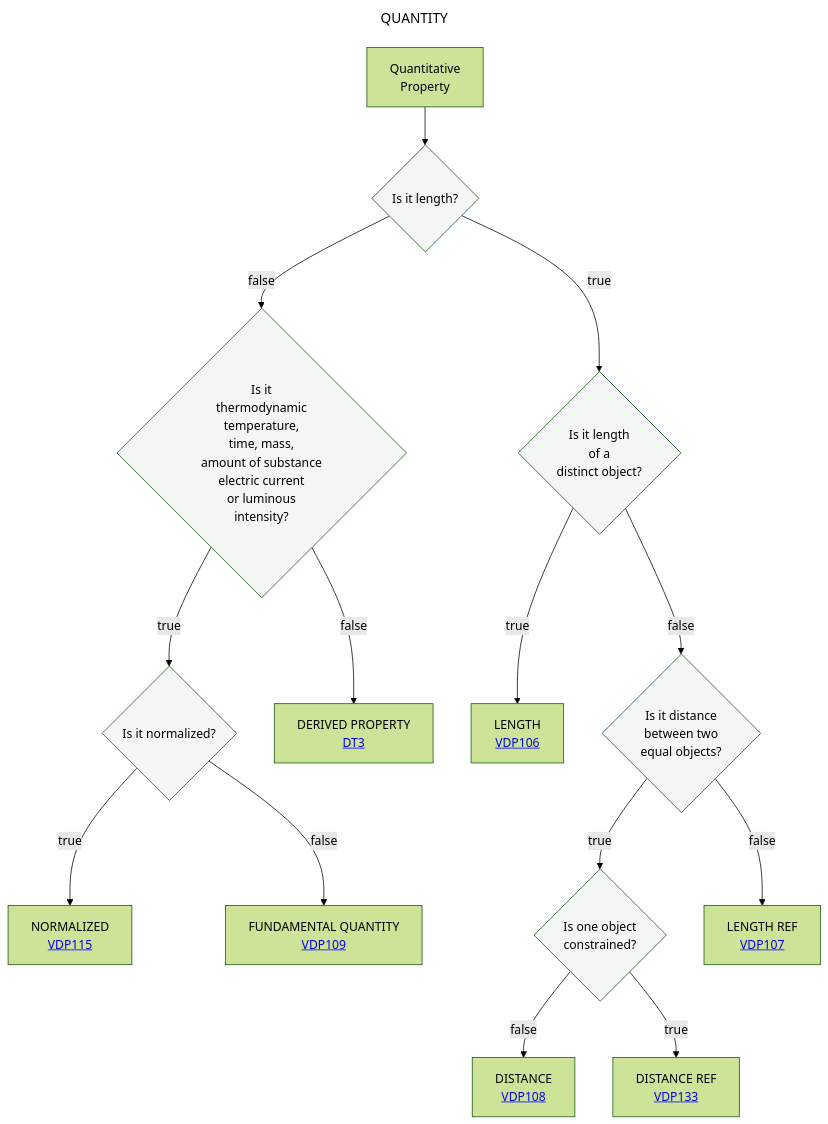
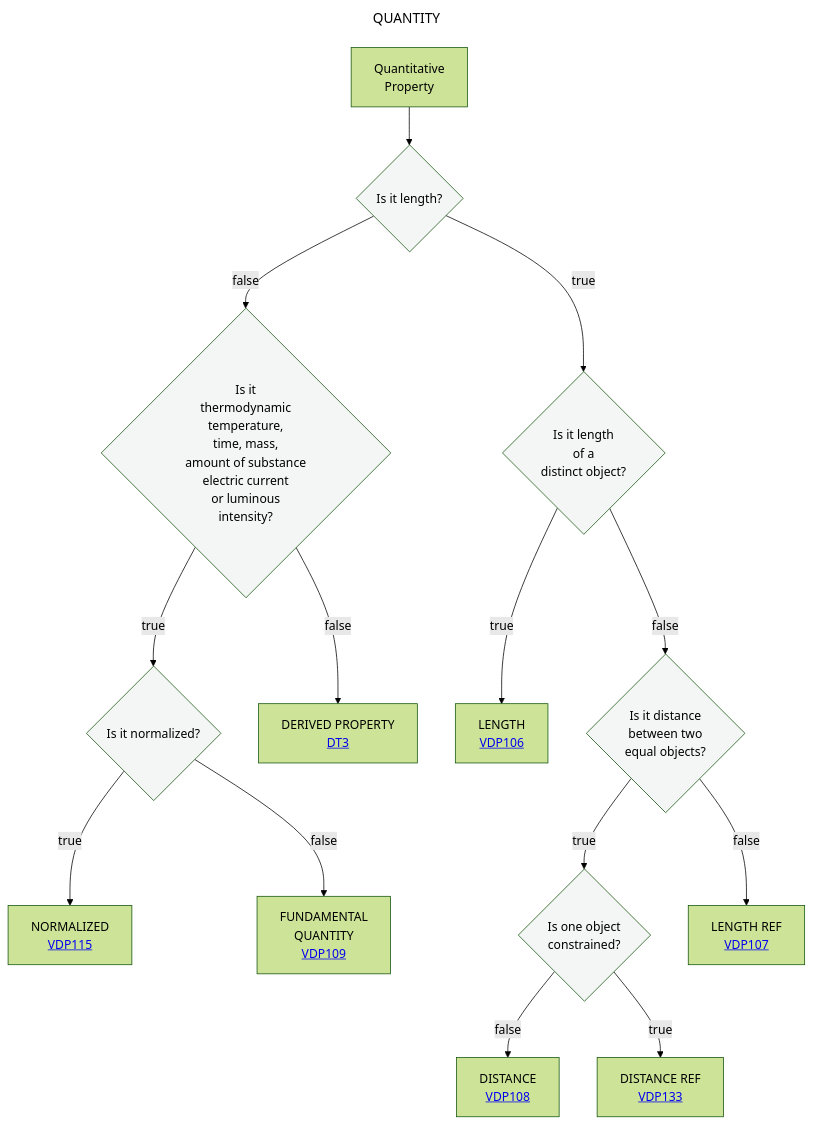
The diagram in Decision_trees/DT2.mmd (mabablue/I-ADOPT-patterns-playground), drawn with Mermaid (forest theme) before and after one commit.

Commit message:
Improve FUNDAMENTAL QUANTITY label formatting
Updated the label for FUNDAMENTAL QUANTITY to include line breaks for better readability.

```diff
--- a/Decision_trees/DT2.mmd
+++ b/Decision_trees/DT2.mmd
@@ -1,21 +1,21 @@
 ---
 title: QUANTITY
 ---
 flowchart TD
     A[Quantitative <br> Property] --> C{Is it length?}:::white
     C --> |true|E{Is it length <br> of a <br> distinct object?}:::white
     C --> |false|F{Is it <br> thermodynamic <br> temperature, <br> time, mass, <br> amount of substance <br> electric current <br> or luminous <br> intensity?}:::white
     F --> |true|G{Is it normalized?}:::white
     G --> |true|H[NORMALIZED <br> <a href='https://github.com/mabablue/I-ADOPT-patterns-playground/blob/main/pattern/VDP115.yaml'> VDP115</a>] 
-    G --> |false|I[FUNDAMENTAL QUANTITY <br> <a href='https://github.com/mabablue/I-ADOPT-patterns-playground/blob/main/pattern/VDP109.yaml'> VDP109</a>] 
+    G --> |false|I[FUNDAMENTAL <br> QUANTITY <br> <a href='https://github.com/mabablue/I-ADOPT-patterns-playground/blob/main/pattern/VDP109.yaml'> VDP109</a>] 
     F --> |false|M[DERIVED PROPERTY <br> <a href='https://github.com/mabablue/I-ADOPT-patterns-playground/blob/main/Decision_trees/DT3.mmd'> DT3</a>] 
     E --> |true|N[LENGTH <br> <a href='https://github.com/mabablue/I-ADOPT-patterns-playground/blob/main/pattern/VD1P06.yaml'> VDP106</a>] 
     E --> |false|O{Is it distance <br> between two <br> equal objects?}:::white
     O --> |true|P{Is one object <br> constrained?}:::white
     P --> |false|R[DISTANCE <br> <a href='https://github.com/mabablue/I-ADOPT-patterns-playground/blob/main/pattern/VDP108.yaml'> VDP108</a>] 
     P --> |true|S[DISTANCE REF<br> <a href='https://github.com/mabablue/I-ADOPT-patterns-playground/blob/main/pattern/VDP133.yaml'> VDP133</a>] 
     O --> |false|Q[LENGTH REF <br> <a href='https://github.com/mabablue/I-ADOPT-patterns-playground/blob/main/pattern/VDP107.yaml'> VDP107</a>] 
    classDef blue fill:#90D5FF
    classDef satblue fill:#57B9FF 
    classDef white fill:#f3f6f4
    classDef green fill:#6aa84f
```
